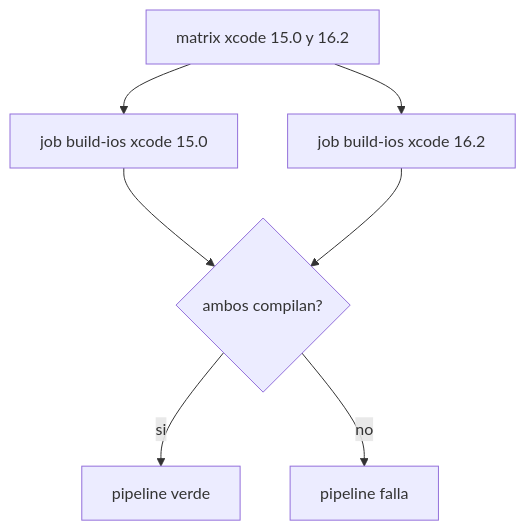
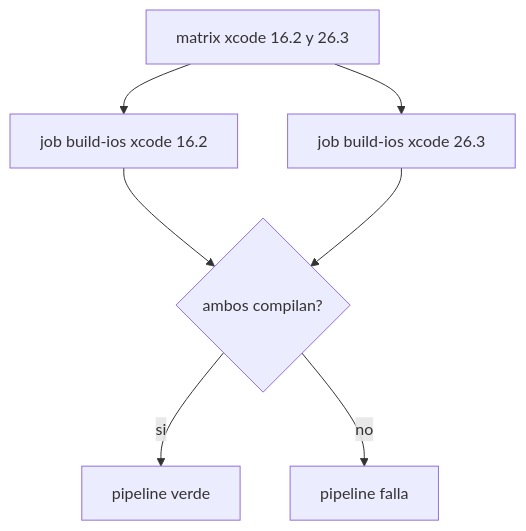
Before and after one commit to NICORUIZ93/The_Imperial_Book: the fourth of 4 diagrams in web/public/content/kotlin-multiplatform/modulo-13.md, drawn with Mermaid. The commit also changed other lines of this file and 28 other files, not shown here.

````diff
--- a/web/public/content/kotlin-multiplatform/modulo-13.md
+++ b/web/public/content/kotlin-multiplatform/modulo-13.md
@@ -264,9 +321,9 @@
 ```mermaid
 flowchart TD
-    Matrix["matrix xcode 15.0 y 16.2"] --> J1[job build-ios xcode 15.0]
-    Matrix --> J2[job build-ios xcode 16.2]
+    Matrix["matrix xcode 16.2 y 26.3"] --> J1[job build-ios xcode 16.2]
+    Matrix --> J2[job build-ios xcode 26.3]
     J1 --> Gate{ambos compilan?}
     J2 --> Gate
     Gate -->|si| Verde[pipeline verde]
     Gate -->|no| Rojo[pipeline falla]
 ```
````
